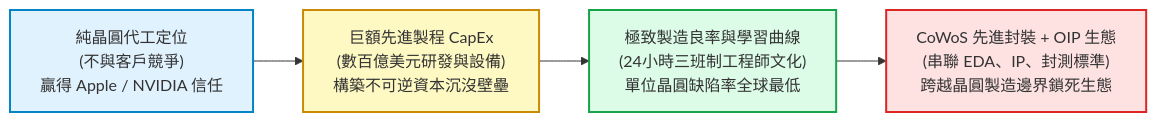
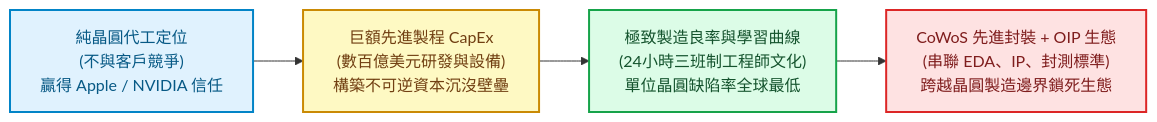
One commit to Jimlin0428/my-digital-garden changed the seventh of 8 diagrams in src/site/notes/98_商業概念庫/competitive-advantage_競爭優勢.md. Above: the diagram before and after it, drawn with Mermaid. The commit also changed other lines of this file and 99 other files, not shown here.

````diff
--- a/src/site/notes/98_商業概念庫/competitive-advantage_競爭優勢.md
+++ b/src/site/notes/98_商業概念庫/competitive-advantage_競爭優勢.md
@@ -318,11 +318,11 @@
 ```mermaid
 flowchart LR
     P1["純晶圓代工定位<br>(不與客戶競爭)<br>贏得 Apple / NVIDIA 信任"] --> P2["巨額先進製程 CapEx<br>(數百億美元研發與設備)<br>構築不可逆資本沉沒壁壘"]
     P2 --> P3["極致製造良率與學習曲線<br>(24小時三班制工程師文化)<br>單位晶圓缺陷率全球最低"]
     P3 --> P4["CoWoS 先進封裝 + OIP 生態<br>(串聯 EDA、IP、封測標準)<br>跨越晶圓製造邊界鎖死生態"]
 
-    style P1 fill:#e0f2fe,stroke:#0284c7,stroke-width:2px
-    style P2 fill:#fef9c3,stroke:#ca8a04,stroke-width:2px
-    style P3 fill:#dcfce7,stroke:#16a34a,stroke-width:2px
-    style P4 fill:#fee2e2,stroke:#dc2626,stroke-width:2px
+    style P1 fill:#e0f2fe,stroke:#0284c7,stroke-width:2px,color:#075985
+    style P2 fill:#fef9c3,stroke:#ca8a04,stroke-width:2px,color:#713f12
+    style P3 fill:#dcfce7,stroke:#16a34a,stroke-width:2px,color:#14532d
+    style P4 fill:#fee2e2,stroke:#dc2626,stroke-width:2px,color:#7f1d1d
 ```
````
